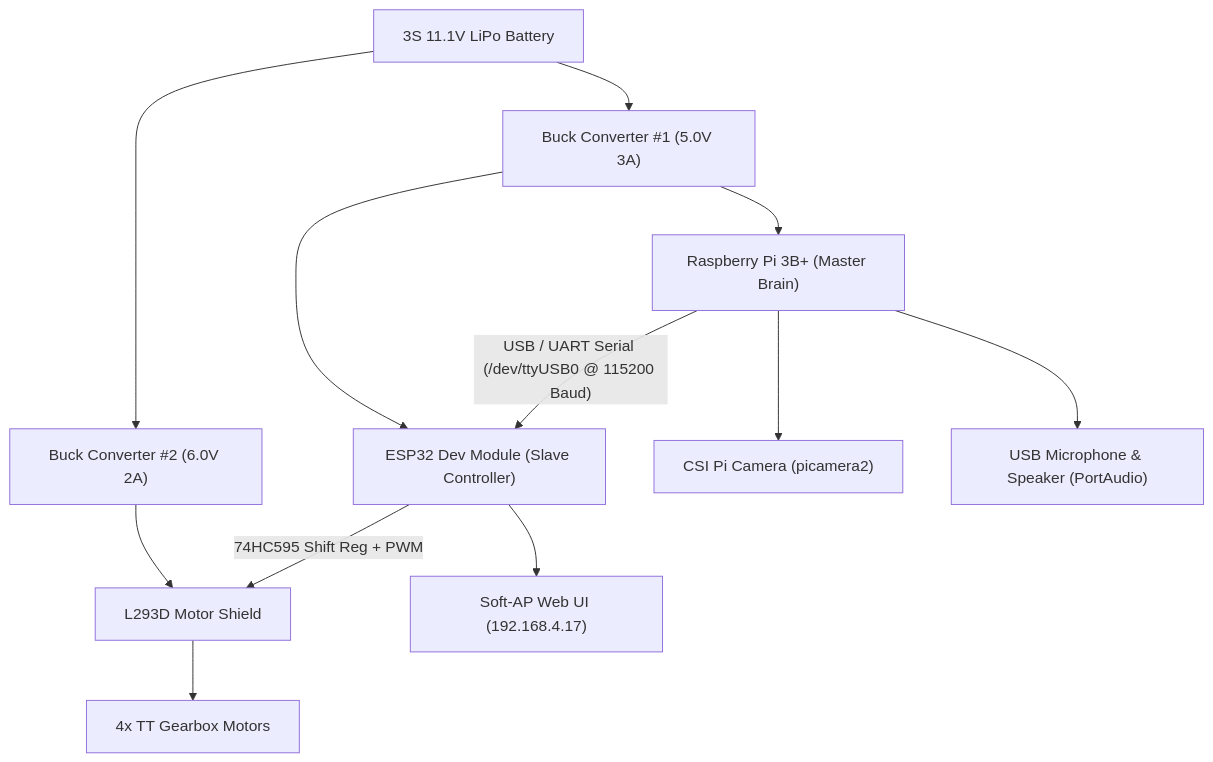
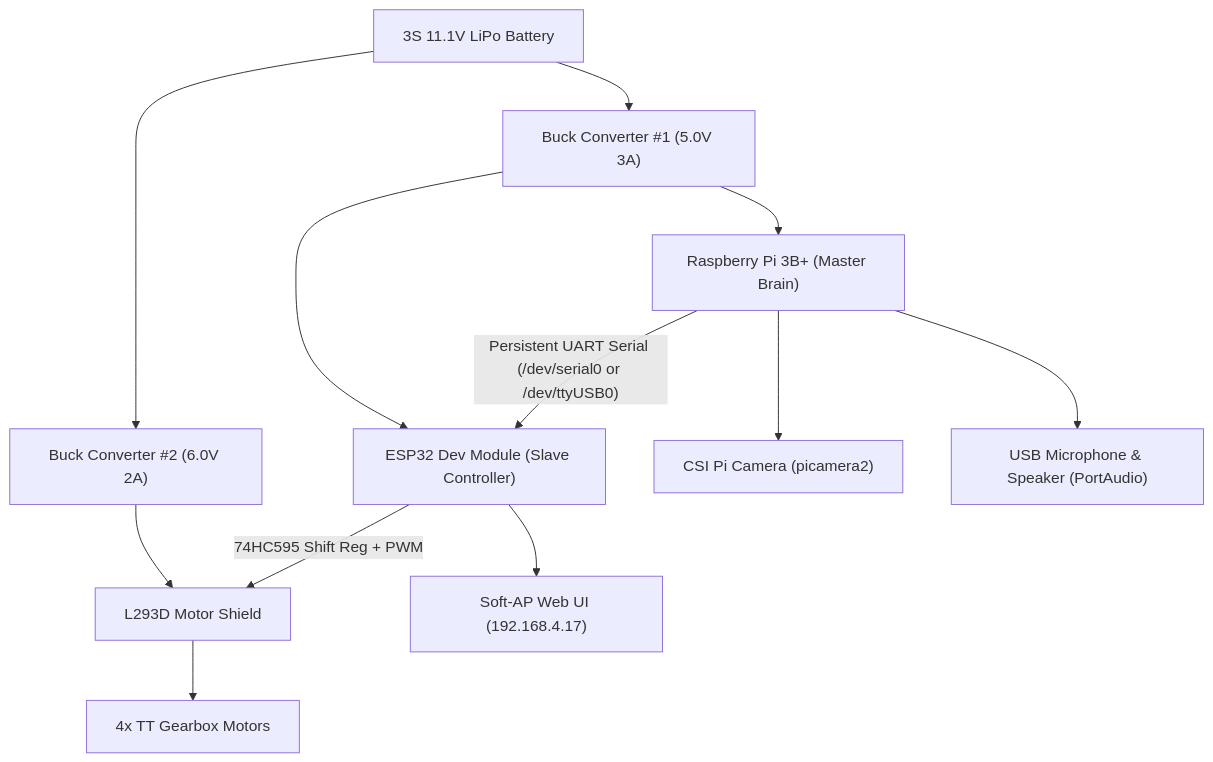
Before and after one commit to Aashutosh2021/WALL-E: the first of 2 diagrams in README.md, drawn with Mermaid. The commit also changed other lines of this file and 6 other files, not shown here.

````diff
--- a/README.md
+++ b/README.md
@@ -35,17 +37,17 @@
 ```mermaid
 graph TD
     A["3S 11.1V LiPo Battery"] --> B["Buck Converter #1 (5.0V 3A)"]
     A --> C["Buck Converter #2 (6.0V 2A)"]
     
     B --> D["Raspberry Pi 3B+ (Master Brain)"]
     B --> E["ESP32 Dev Module (Slave Controller)"]
     C --> F["L293D Motor Shield"]
     
-    D -- "USB / UART Serial (/dev/ttyUSB0 @ 115200 Baud)" --> E
+    D -- "Persistent UART Serial (/dev/serial0 or /dev/ttyUSB0)" --> E
     D --> G["CSI Pi Camera (picamera2)"]
     D --> H["USB Microphone & Speaker (PortAudio)"]
     
     E --> I["Soft-AP Web UI (192.168.4.17)"]
     F --> J["4x TT Gearbox Motors"]
     E -- "74HC595 Shift Reg + PWM" --> F
 ```
````
